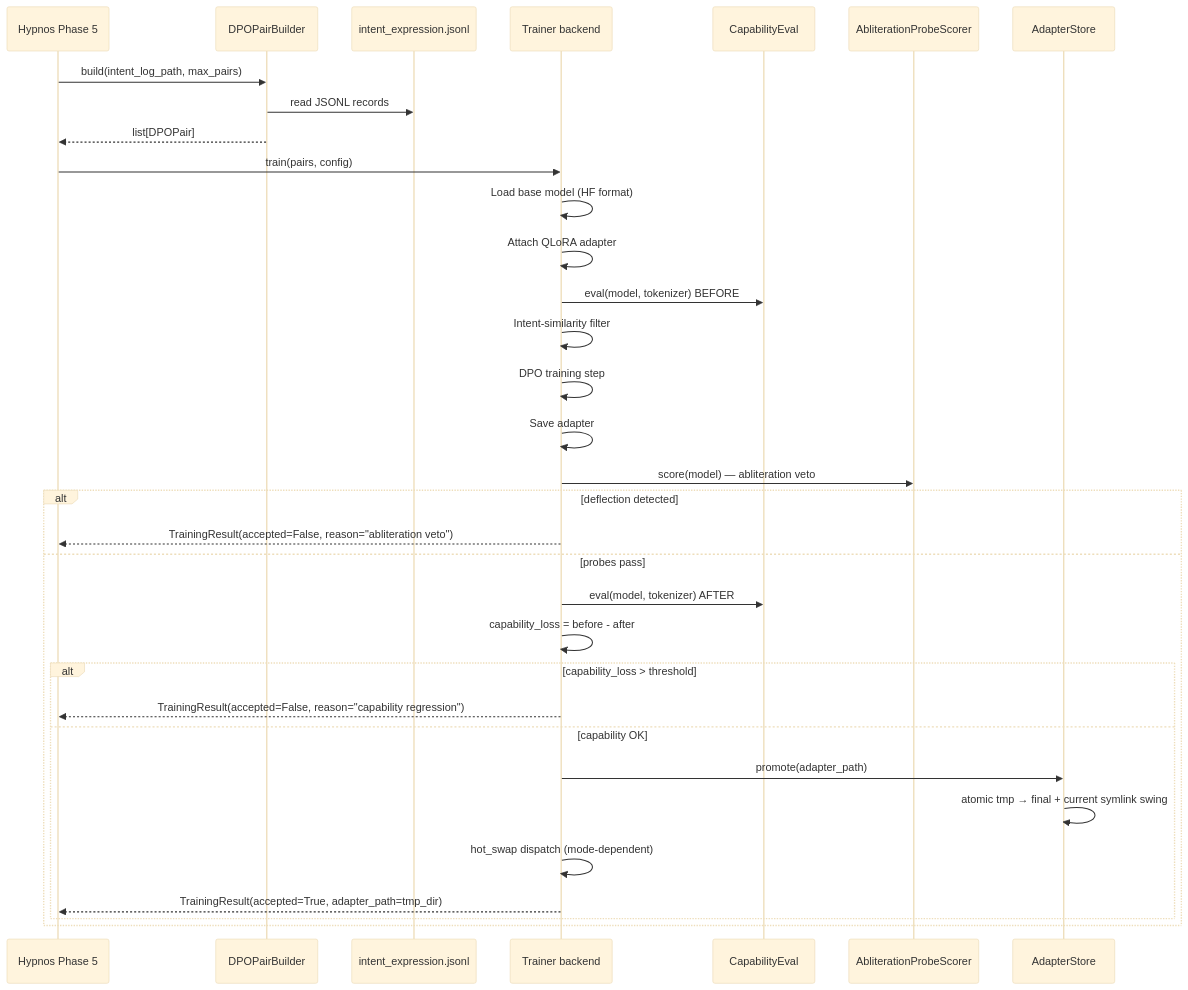
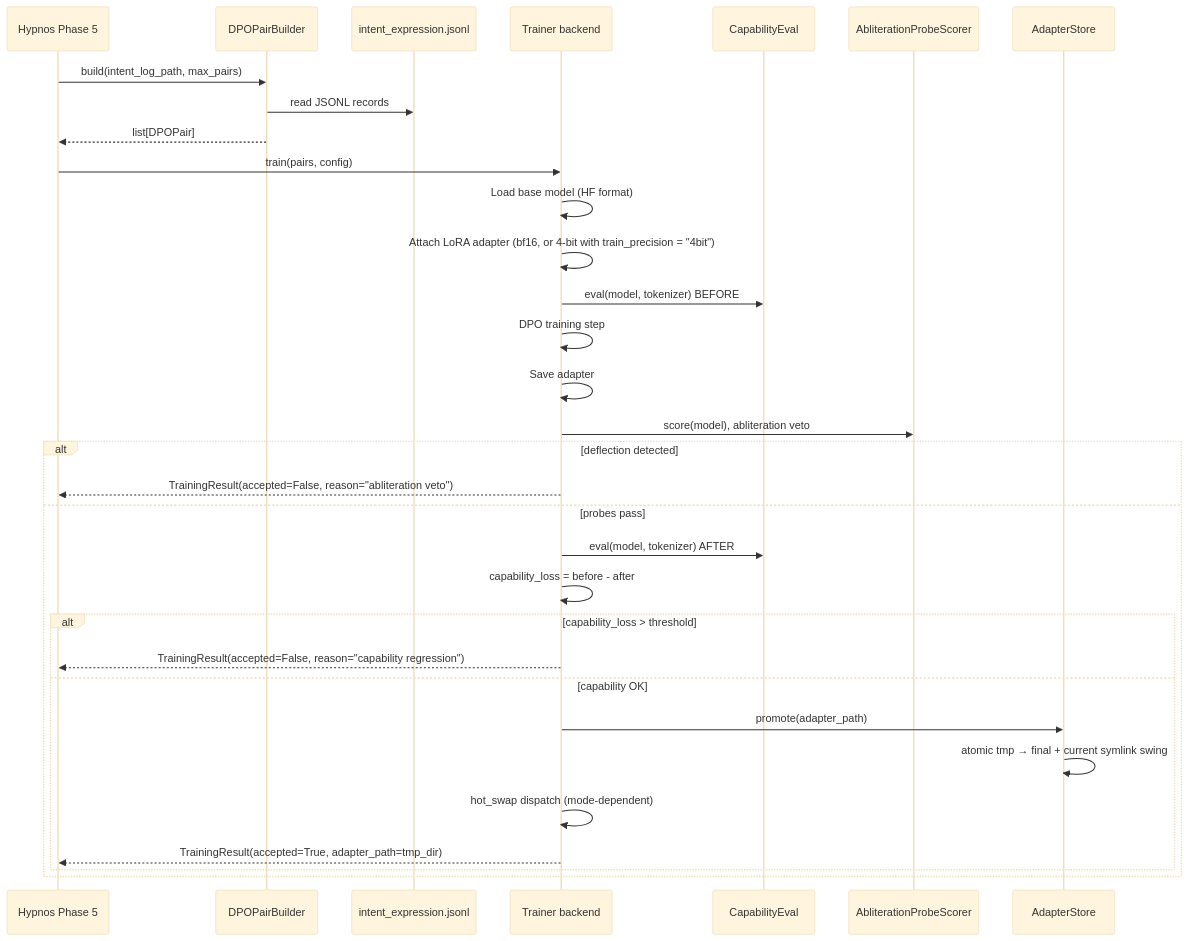
One commit to kaineone/kaine changed the second of 2 diagrams in docs/10-sleep/voice-alignment.md. Above: the diagram before and after it, drawn with Mermaid (base theme). The commit also changed other lines of this file and 72 other files, not shown here.

````diff
--- a/docs/10-sleep/voice-alignment.md
+++ b/docs/10-sleep/voice-alignment.md
@@ -53,37 +58,36 @@
 ```mermaid
 sequenceDiagram
     participant Hypnos as Hypnos Phase 5
     participant Builder as DPOPairBuilder
     participant Log as intent_expression.jsonl
     participant Trainer as Trainer backend
     participant CapEval as CapabilityEval
     participant AblEval as AbliterationProbeScorer
     participant Store as AdapterStore
 
     Hypnos->>Builder: build(intent_log_path, max_pairs)
     Builder->>Log: read JSONL records
     Builder-->>Hypnos: list[DPOPair]
 
     Hypnos->>Trainer: train(pairs, config)
     Trainer->>Trainer: Load base model (HF format)
-    Trainer->>Trainer: Attach QLoRA adapter
+    Trainer->>Trainer: Attach LoRA adapter (bf16, or 4-bit with train_precision = "4bit")
     Trainer->>CapEval: eval(model, tokenizer) BEFORE
-    Trainer->>Trainer: Intent-similarity filter
     Trainer->>Trainer: DPO training step
     Trainer->>Trainer: Save adapter
-    Trainer->>AblEval: score(model) — abliteration veto
+    Trainer->>AblEval: score(model), abliteration veto
     alt deflection detected
         Trainer-->>Hypnos: TrainingResult(accepted=False, reason="abliteration veto")
     else probes pass
         Trainer->>CapEval: eval(model, tokenizer) AFTER
         Trainer->>Trainer: capability_loss = before - after
         alt capability_loss > threshold
             Trainer-->>Hypnos: TrainingResult(accepted=False, reason="capability regression")
         else capability OK
             Trainer->>Store: promote(adapter_path)
             Store->>Store: atomic tmp → final + current symlink swing
             Trainer->>Trainer: hot_swap dispatch (mode-dependent)
             Trainer-->>Hypnos: TrainingResult(accepted=True, adapter_path=tmp_dir)
         end
     end
 ```
````
